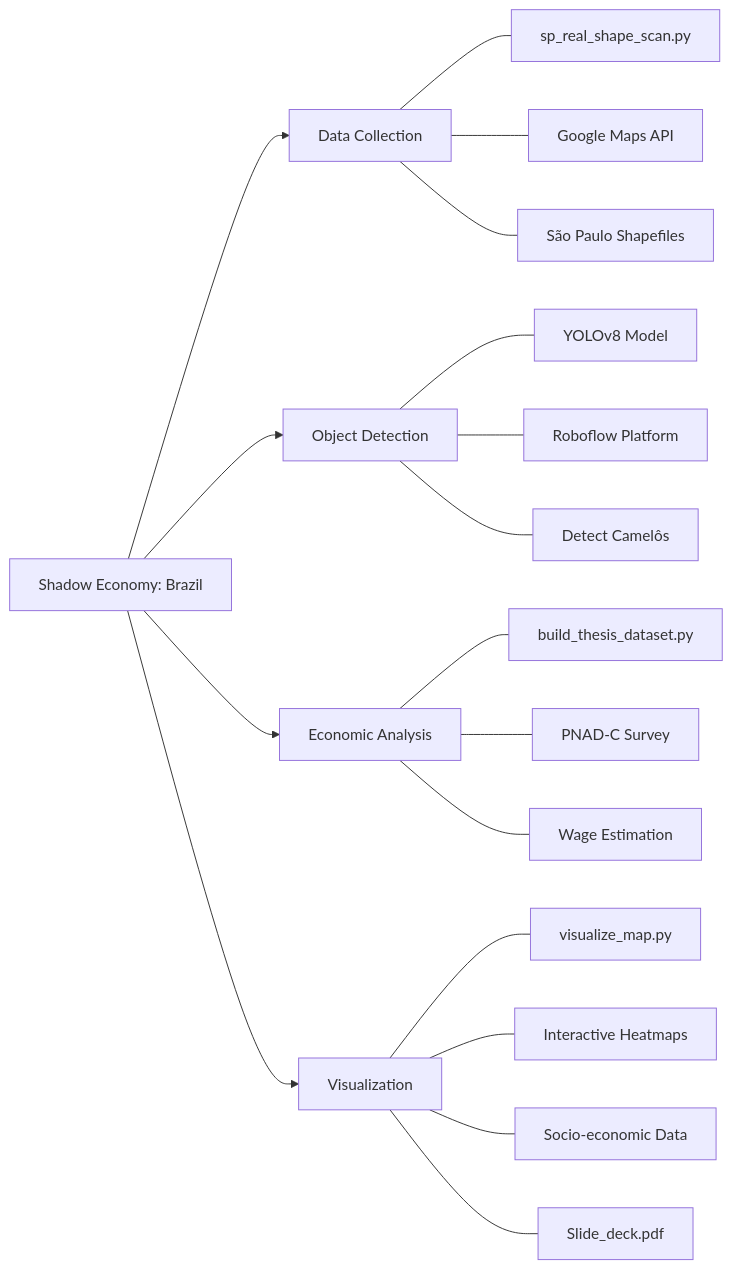
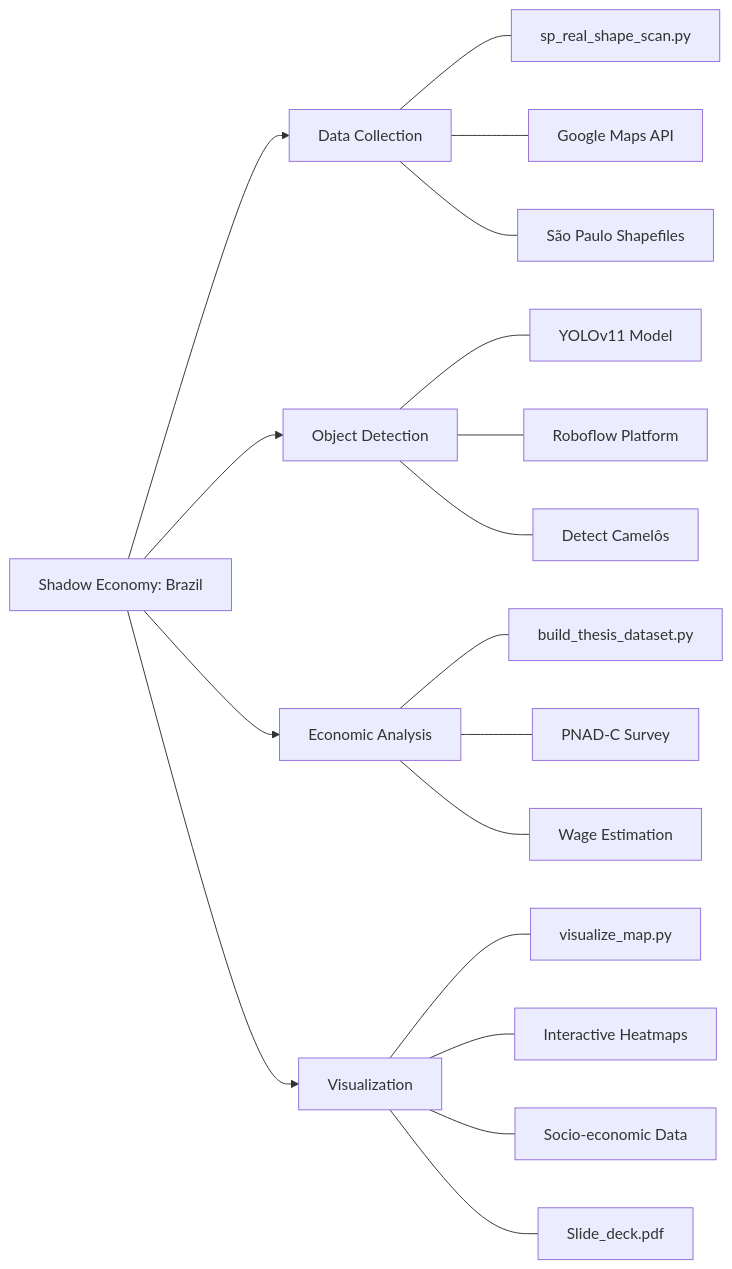
Before and after one commit to CarolBraga9/Informal-Markets-Brazil: the diagram in README.md, drawn with Mermaid. The commit also changed other lines of this file, not shown here.

````diff
--- a/README.md
+++ b/README.md
@@ -73,31 +73,31 @@
 ```mermaid
 flowchart LR
     Root[Shadow Economy: Brazil]
 
     %% Main Branches
     Root --> DC[Data Collection]
     Root --> OD[Object Detection]
     Root --> EA[Economic Analysis]
     Root --> V[Visualization]
 
     %% Data Collection Leaves
     DC --- DC1[sp_real_shape_scan.py]
     DC --- DC2[Google Maps API]
     DC --- DC3[São Paulo Shapefiles]
 
     %% Object Detection Leaves
-    OD --- OD1[YOLOv8 Model]
+    OD --- OD1[YOLOv11 Model]
     OD --- OD2[Roboflow Platform]
     OD --- OD3[Detect Camelôs]
 
     %% Economic Analysis Leaves
     EA --- EA1[build_thesis_dataset.py]
     EA --- EA2[PNAD-C Survey]
     EA --- EA3[Wage Estimation]
 
     %% Visualization Leaves
     V --- V1[visualize_map.py]
     V --- V2[Interactive Heatmaps]
     V --- V3[Socio-economic Data]
     V --- V4[Slide_deck.pdf]
 ```
````
